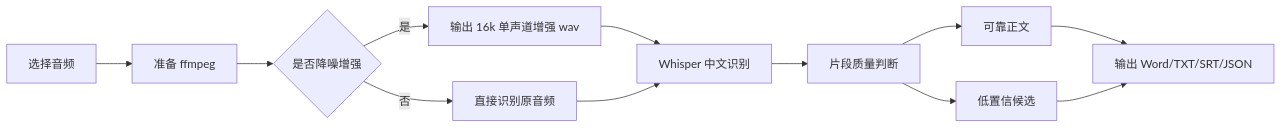
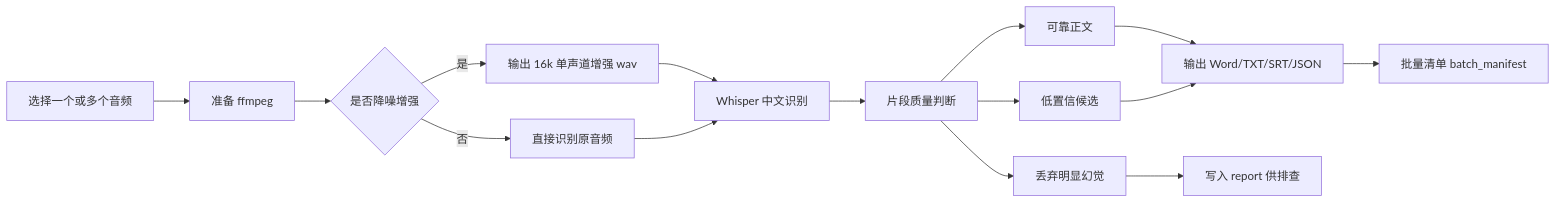
The diagram in 设计说明.md (yystudio-cyber/speech-to-text-zh), drawn with Mermaid before and after one commit. The commit also changed other lines of this file and 2 other files, not shown here.

Commit message:
Polish speech transcription tool

````diff
--- a/设计说明.md
+++ b/设计说明.md
@@ -9,14 +9,17 @@
 ```mermaid
 flowchart LR
-  A["选择音频"] --> B["准备 ffmpeg"]
+  A["选择一个或多个音频"] --> B["准备 ffmpeg"]
   B --> C{"是否降噪增强"}
   C -->|是| D["输出 16k 单声道增强 wav"]
   C -->|否| E["直接识别原音频"]
   D --> F["Whisper 中文识别"]
   E --> F
   F --> G["片段质量判断"]
   G --> H["可靠正文"]
   G --> I["低置信候选"]
+  G --> K["丢弃明显幻觉"]
   H --> J["输出 Word/TXT/SRT/JSON"]
   I --> J
+  K --> L["写入 report 供排查"]
+  J --> M["批量清单 batch_manifest"]
 ```
````
